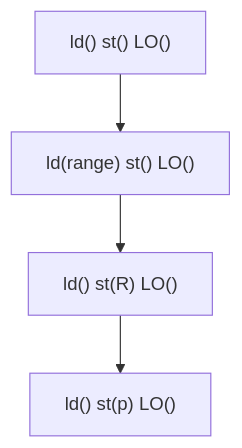
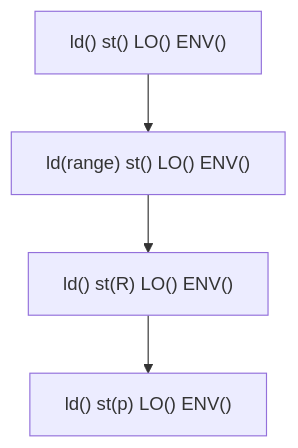
Before and after one commit to Yosshi999/ARCGolfVisualizer: the first of 5 diagrams in zlib_optimizer/graph.md, drawn with Mermaid. The commit also changed other lines of this file and 1 other file, not shown here.

````diff
--- a/zlib_optimizer/graph.md
+++ b/zlib_optimizer/graph.md
@@ -12,10 +13,10 @@
 ```mermaid
 graph TB
-  N2209906865232["ld() st() LO()"]
-  N2209906865232 --> N2209906863504
-  N2209906863504["ld(range) st() LO()"]
-  N2209906863504 --> N2209906863888
-  N2209906863888["ld() st(R) LO()"]
-  N2209906863888 --> N2209906858768
-  N2209906858768["ld() st(p) LO()"]
+  N1886106509456["ld() st() LO() ENV()"]
+  N1886106509456 --> N1886106508880
+  N1886106508880["ld(range) st() LO() ENV()"]
+  N1886106508880 --> N1886106508944
+  N1886106508944["ld() st(R) LO() ENV()"]
+  N1886106508944 --> N1886106508752
+  N1886106508752["ld() st(p) LO() ENV()"]
 ```
````
